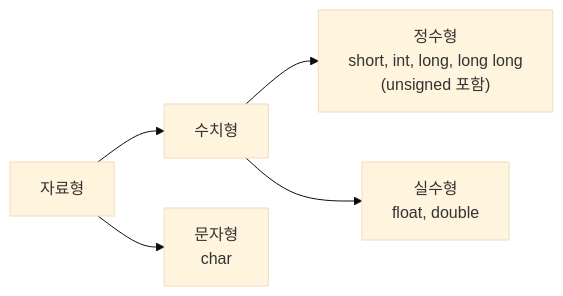
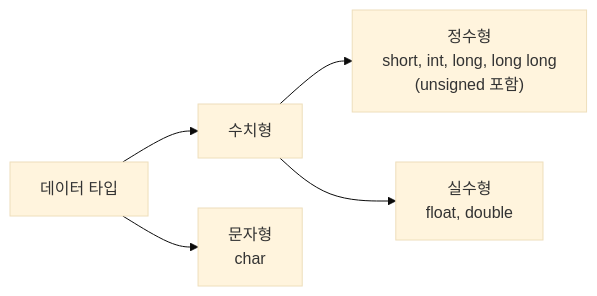
Before and after one commit to Choroning/24Spring_C-Practice: the diagram in Lecture-Notes/Ch03_Data-Types-and-Variables/Concepts_Lab.ko.md, drawn with Mermaid (base theme). The commit also changed other lines of this file and 8 other files, not shown here.

````diff
--- a/Lecture-Notes/Ch03_Data-Types-and-Variables/Concepts_Lab.ko.md
+++ b/Lecture-Notes/Ch03_Data-Types-and-Variables/Concepts_Lab.ko.md
@@ -54,7 +54,7 @@
 ```mermaid
 flowchart LR
-    T["자료형"] --> N["수치형"]
+    T["데이터 타입"] --> N["수치형"]
     T --> C["문자형<br>char"]
     N --> I["정수형<br>short, int, long, long long<br>(unsigned 포함)"]
     N --> F["실수형<br>float, double"]
 ```
````
